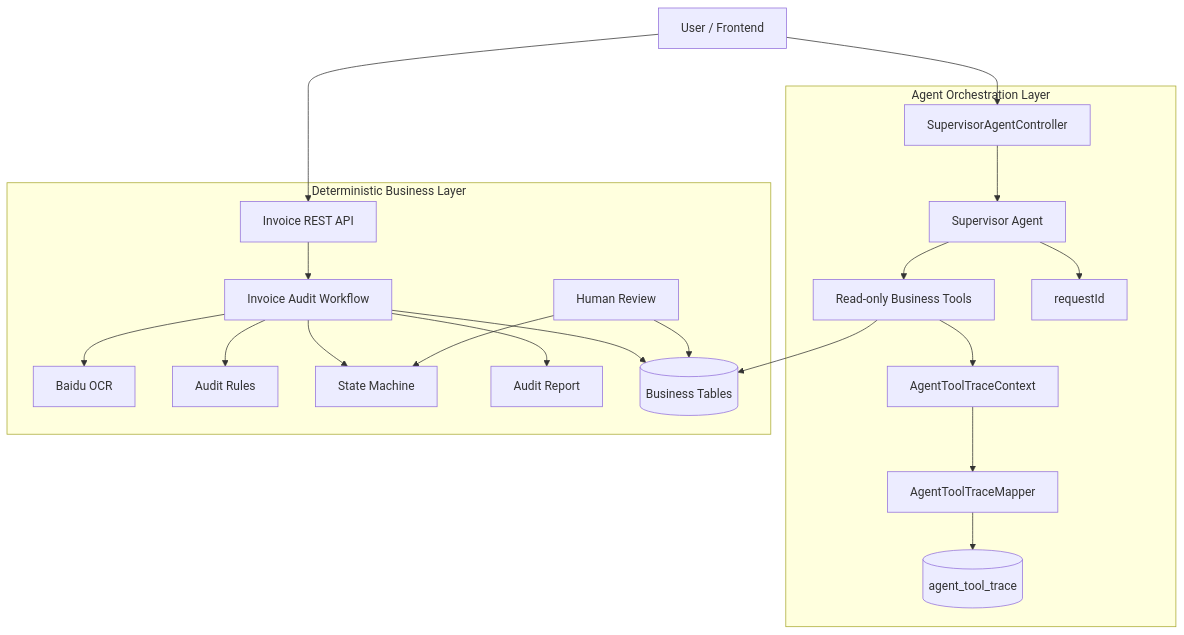
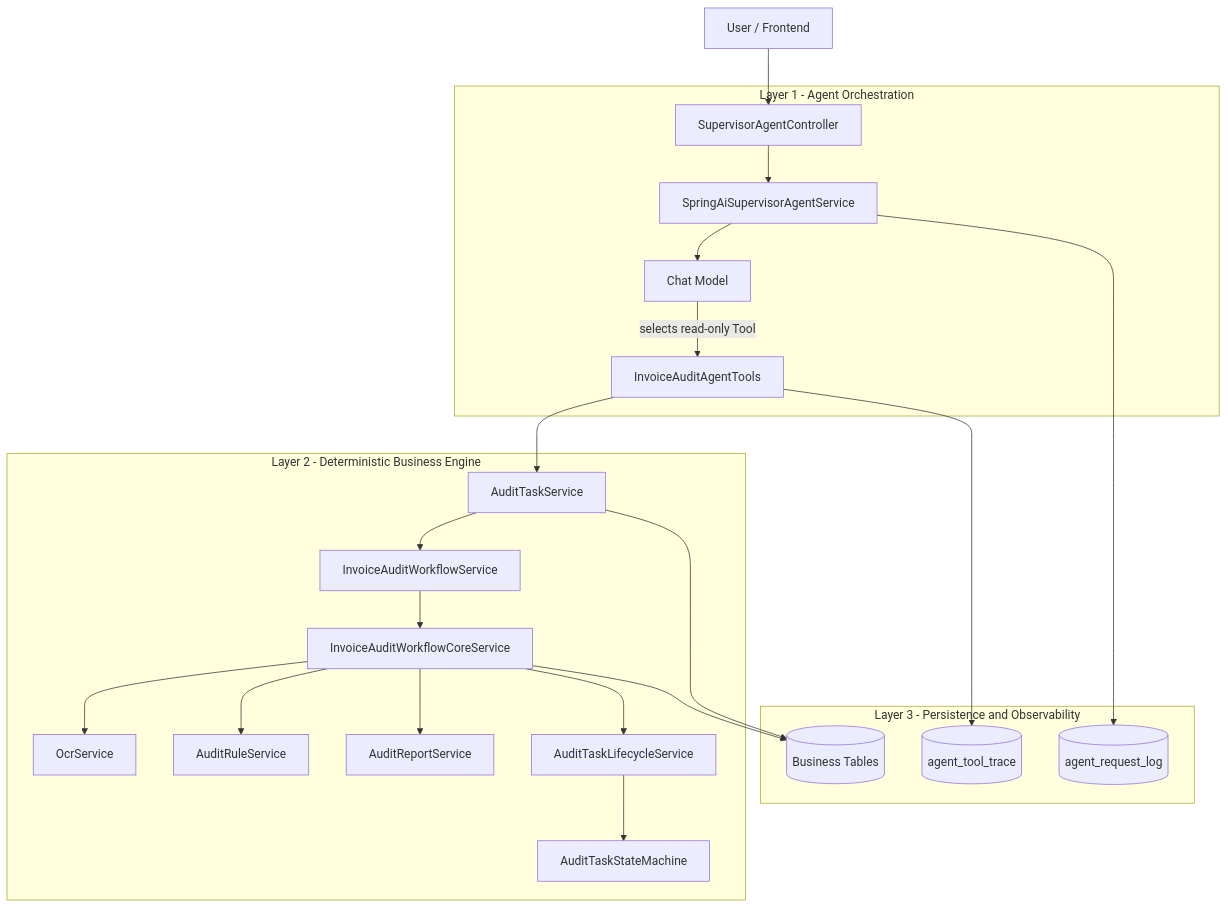
One commit to Chuan1130/invoice-agent-system changed the first of 10 diagrams in README.md. Above: the diagram before and after it, drawn with Mermaid. The commit also changed other lines of this file, not shown here.

Commit message:
docs: visualize agent request lifecycle and trace replay

````diff
--- a/README.md
+++ b/README.md
@@ -55,44 +70,47 @@
 ```mermaid
 flowchart TB
     U[User / Frontend]
 
-    subgraph Agent[Agent Orchestration Layer]
-        C[SupervisorAgentController]
-        S[Supervisor Agent]
-        T[Read-only Business Tools]
-        RID[requestId]
-        TRACE[AgentToolTraceContext]
-        TM[AgentToolTraceMapper]
-        TDB[(agent_tool_trace)]
+    subgraph L1[Layer 1 - Agent Orchestration]
+        AC[SupervisorAgentController]
+        SA[SpringAiSupervisorAgentService]
+        LLM[Chat Model]
+        TOOL[InvoiceAuditAgentTools]
     end
 
-    subgraph Stable[Deterministic Business Layer]
-        API[Invoice REST API]
-        WF[Invoice Audit Workflow]
-        OCR[Baidu OCR]
-        RULE[Audit Rules]
-        SM[State Machine]
-        REPORT[Audit Report]
-        HUMAN[Human Review]
-        DB[(Business Tables)]
+    subgraph L2[Layer 2 - Deterministic Business Engine]
+        ATS[AuditTaskService]
+        WF[InvoiceAuditWorkflowService]
+        CORE[InvoiceAuditWorkflowCoreService]
+        LIFE[AuditTaskLifecycleService]
+        SM[AuditTaskStateMachine]
+        OCR[OcrService]
+        RULE[AuditRuleService]
+        REPORT[AuditReportService]
     end
 
-    U --> C
-    C --> S
-    S --> RID
-    S --> T
-    T --> TRACE
-    TRACE --> TM
-    TM --> TDB
-    T --> DB
+    subgraph L3[Layer 3 - Persistence and Observability]
+        BM[(Business Tables)]
+        AR[(agent_request_log)]
+        TT[(agent_tool_trace)]
+    end
 
-    U --> API
-    API --> WF
-    WF --> OCR
-    WF --> RULE
-    WF --> SM
-    WF --> REPORT
-    WF --> DB
-    HUMAN --> SM
-    HUMAN --> DB
+    U --> AC
+    AC --> SA
+    SA --> LLM
+    LLM -->|selects read-only Tool| TOOL
+    TOOL --> ATS
+
+    ATS --> WF
+    WF --> CORE
+    CORE --> OCR
+    CORE --> RULE
+    CORE --> REPORT
+    CORE --> LIFE
+    LIFE --> SM
+    ATS --> BM
+    CORE --> BM
+
+    SA --> AR
+    TOOL --> TT
 ```
````
